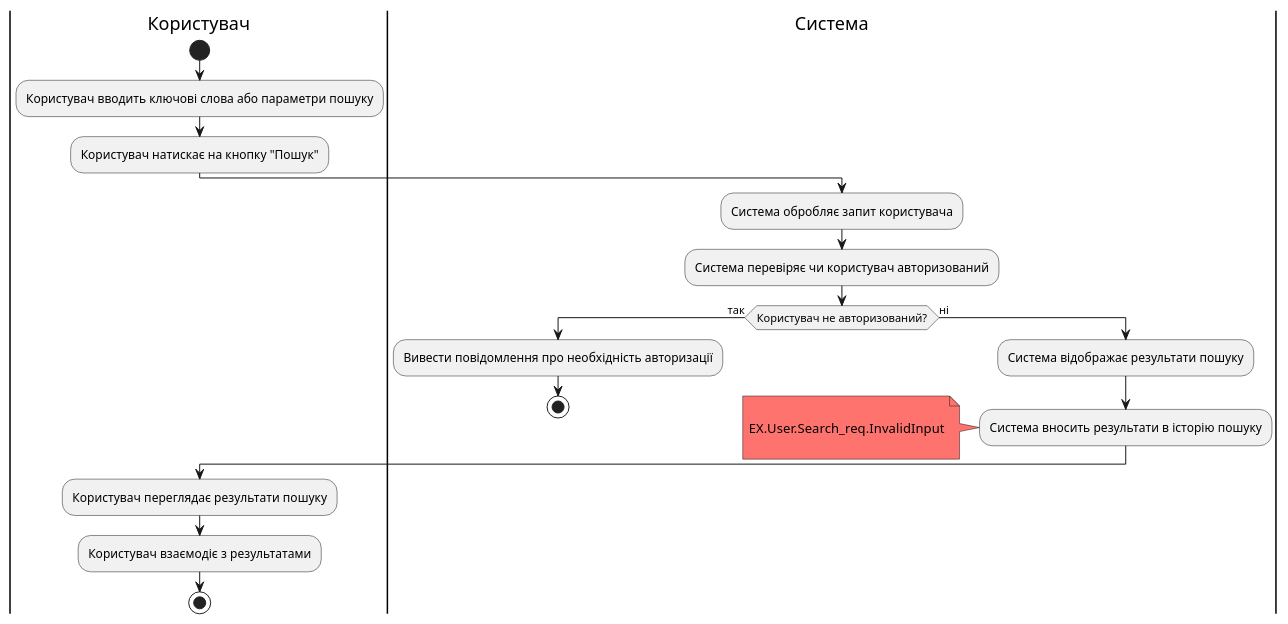
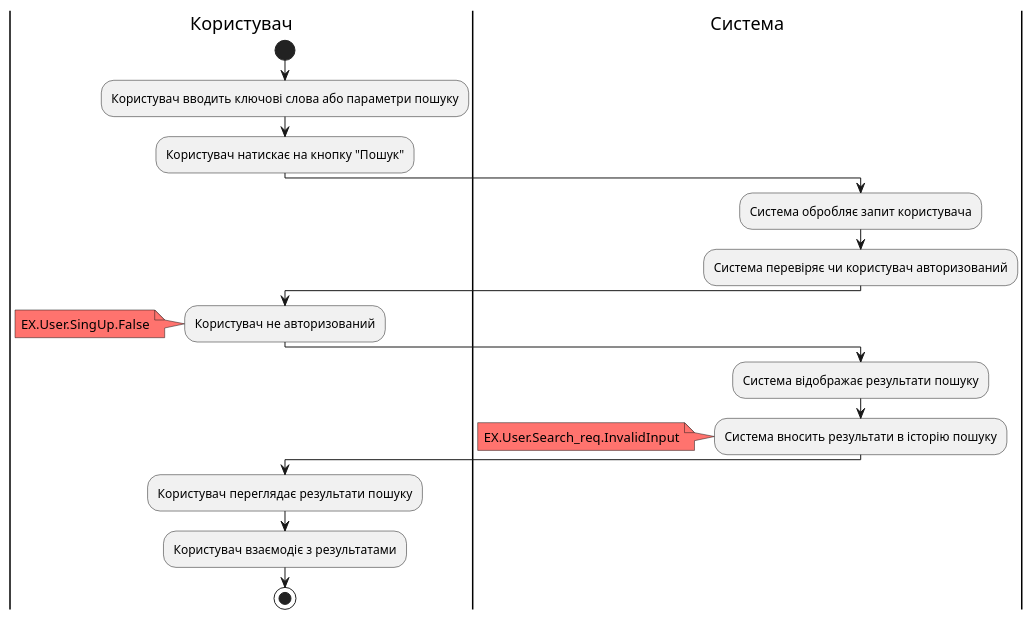
Before and after one commit to nonGratis/retarder-io-23-3: the sixth of 10 diagrams in docs/use cases/README.md, drawn with PlantUML. The commit also changed other lines of this file, not shown here.

````diff
--- a/docs/use cases/README.md
+++ b/docs/use cases/README.md
@@ -212,27 +212,27 @@
 ```plantuml
 @startuml
 |Користувач|
     start
     :Користувач вводить ключові слова або параметри пошуку;
     :Користувач натискає на кнопку "Пошук";
 |Система|
     :Система обробляє запит користувача;
     :Система перевіряє чи користувач авторизований;
-    if (Користувач не авторизований?) then (так)
-        :Вивести повідомлення про необхідність авторизації;
-        stop
-    else (ні)
-        :Система відображає результати пошуку;
-        :Система вносить результати в історію пошуку;
-        note left #FF736E
-
-        EX.User.Search_req.InvalidInput
-        
-        end note
-    endif
+|Користувач|
+    :Користувач не авторизований;
+    note left #FF736E
+        EX.User.SingUp.False
+    end note
+    
+|Система|
+    :Система відображає результати пошуку;
+    :Система вносить результати в історію пошуку;
+    note left #FF736E
+    EX.User.Search_req.InvalidInput
+    end note
 |Користувач|
     :Користувач переглядає результати пошуку;
     :Користувач взаємодіє з результатами;
     stop;
 @enduml
 ```
````
